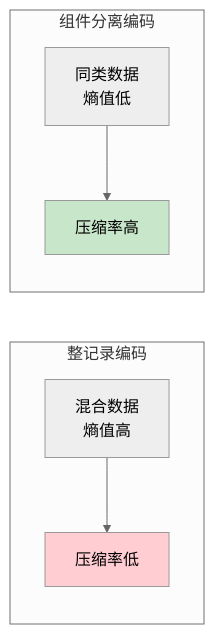
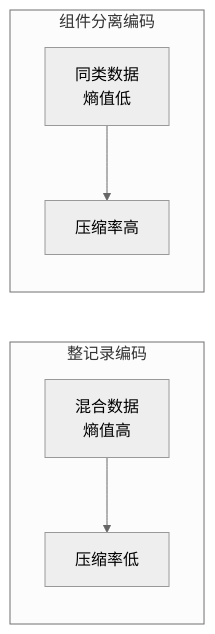
The sixth of 7 diagrams in docs/zh/architecture/decisions/003-component-encoding.md (open-genomics/fq-compressor-rust), drawn with Mermaid (neutral theme) before and after one commit. The commit also changed 23 other files, not shown here.

````diff
--- a/docs/zh/architecture/decisions/003-component-encoding.md
+++ b/docs/zh/architecture/decisions/003-component-encoding.md
@@ -179,13 +179,11 @@
 ```mermaid
 flowchart LR
     subgraph 整记录编码
         A1["混合数据<br/>熵值高"] --> A2["压缩率低"]
     end
     
     subgraph 组件分离编码
         B1["同类数据<br/>熵值低"] --> B2["压缩率高"]
     end
     
-    style A2 fill:#FFCDD2
-    style B2 fill:#C8E6C9
 ```
````
